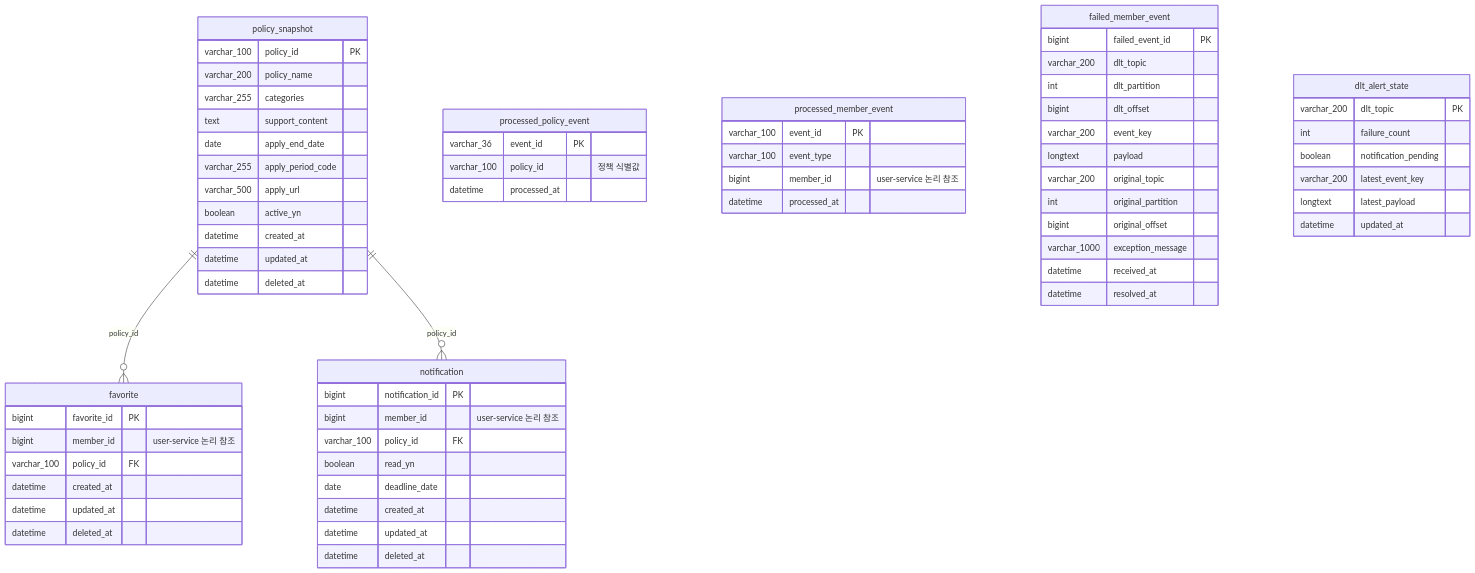
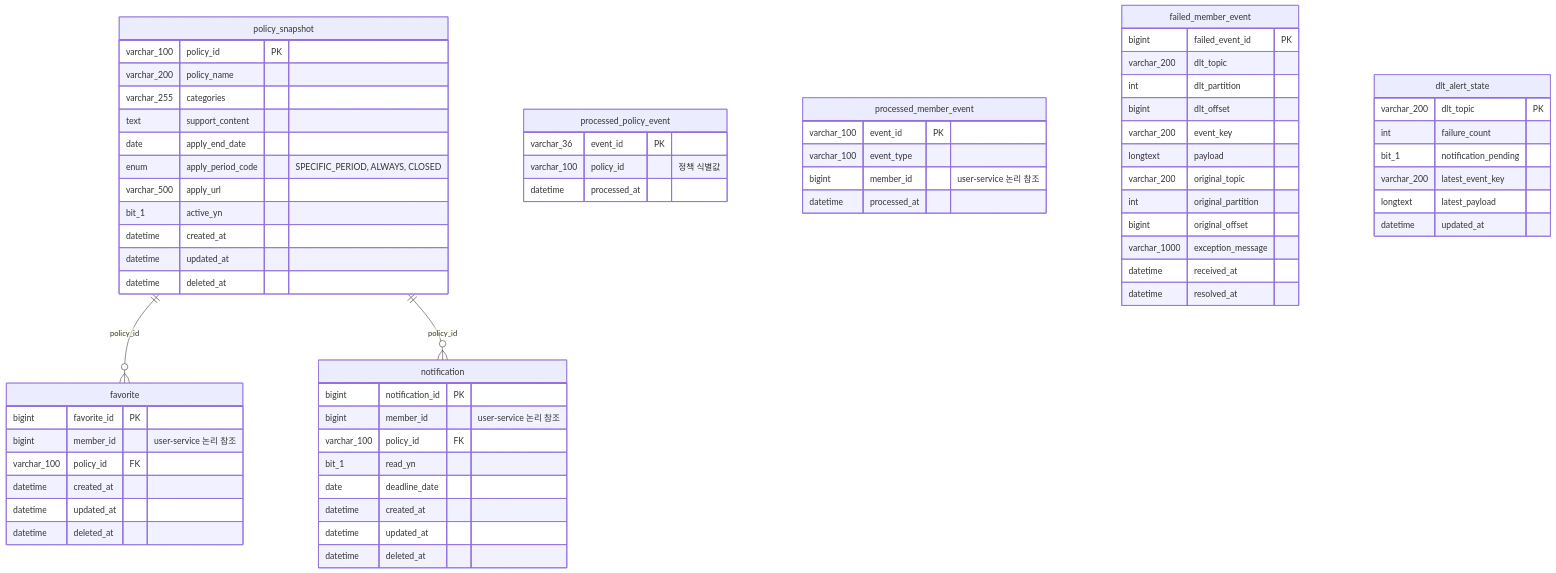
The diagram in docs/04_ERD_테이블명세서/engagement_db_erd.md (LGCNS-AM06-Project2-TEAM5/hyeja-msa), drawn with Mermaid before and after one commit. The commit also changed 2 other files, not shown here.

````diff
--- a/docs/04_ERD_테이블명세서/engagement_db_erd.md
+++ b/docs/04_ERD_테이블명세서/engagement_db_erd.md
@@ -14,76 +14,76 @@
 ```mermaid
 erDiagram
     policy_snapshot ||--o{ favorite : "policy_id"
     policy_snapshot ||--o{ notification : "policy_id"
 
     policy_snapshot {
         varchar_100 policy_id PK
         varchar_200 policy_name
         varchar_255 categories
         text support_content
         date apply_end_date
-        varchar_255 apply_period_code
+        enum apply_period_code "SPECIFIC_PERIOD, ALWAYS, CLOSED"
         varchar_500 apply_url
-        boolean active_yn
+        bit_1 active_yn
         datetime created_at
         datetime updated_at
         datetime deleted_at
     }
 
     favorite {
         bigint favorite_id PK
         bigint member_id "user-service 논리 참조"
         varchar_100 policy_id FK
         datetime created_at
         datetime updated_at
         datetime deleted_at
     }
 
     notification {
         bigint notification_id PK
         bigint member_id "user-service 논리 참조"
         varchar_100 policy_id FK
-        boolean read_yn
+        bit_1 read_yn
         date deadline_date
         datetime created_at
         datetime updated_at
         datetime deleted_at
     }
 
     processed_policy_event {
         varchar_36 event_id PK
         varchar_100 policy_id "정책 식별값"
         datetime processed_at
     }
 
     processed_member_event {
         varchar_100 event_id PK
         varchar_100 event_type
         bigint member_id "user-service 논리 참조"
         datetime processed_at
     }
 
     failed_member_event {
         bigint failed_event_id PK
         varchar_200 dlt_topic
         int dlt_partition
         bigint dlt_offset
         varchar_200 event_key
         longtext payload
         varchar_200 original_topic
         int original_partition
         bigint original_offset
         varchar_1000 exception_message
         datetime received_at
         datetime resolved_at
     }
 
     dlt_alert_state {
         varchar_200 dlt_topic PK
         int failure_count
-        boolean notification_pending
+        bit_1 notification_pending
         varchar_200 latest_event_key
         longtext latest_payload
         datetime updated_at
     }
 ```
````
